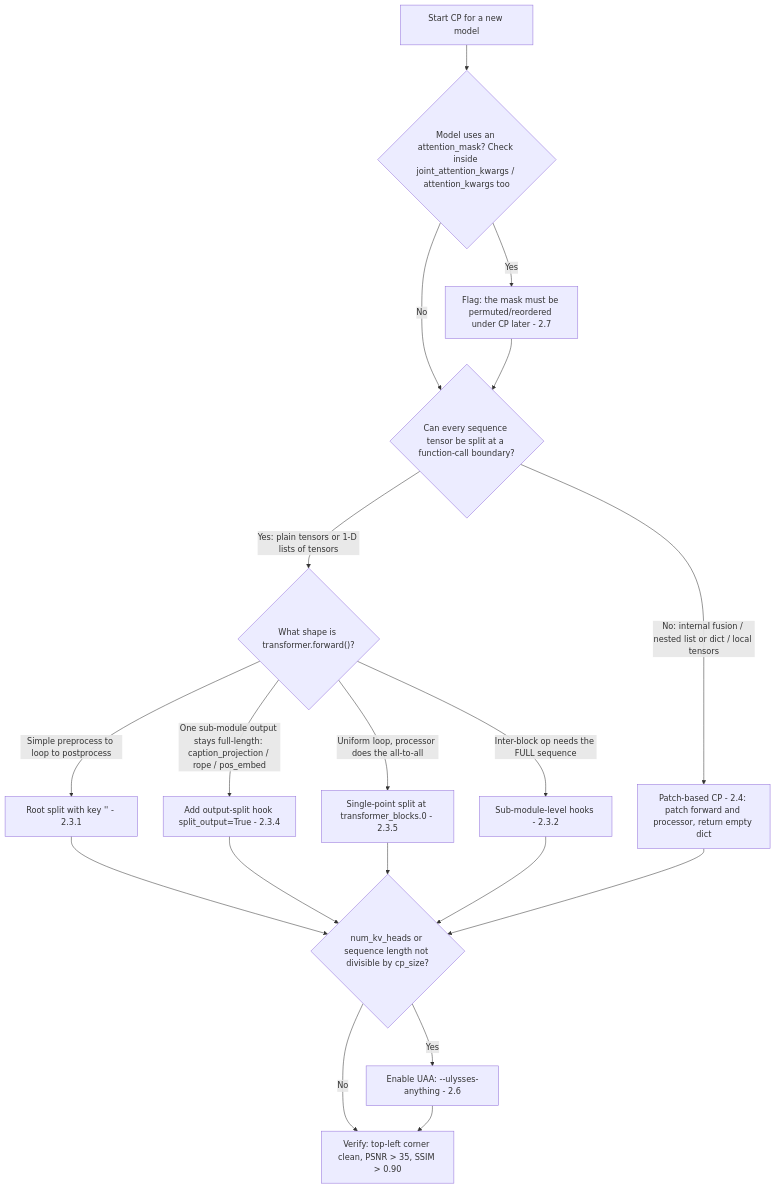
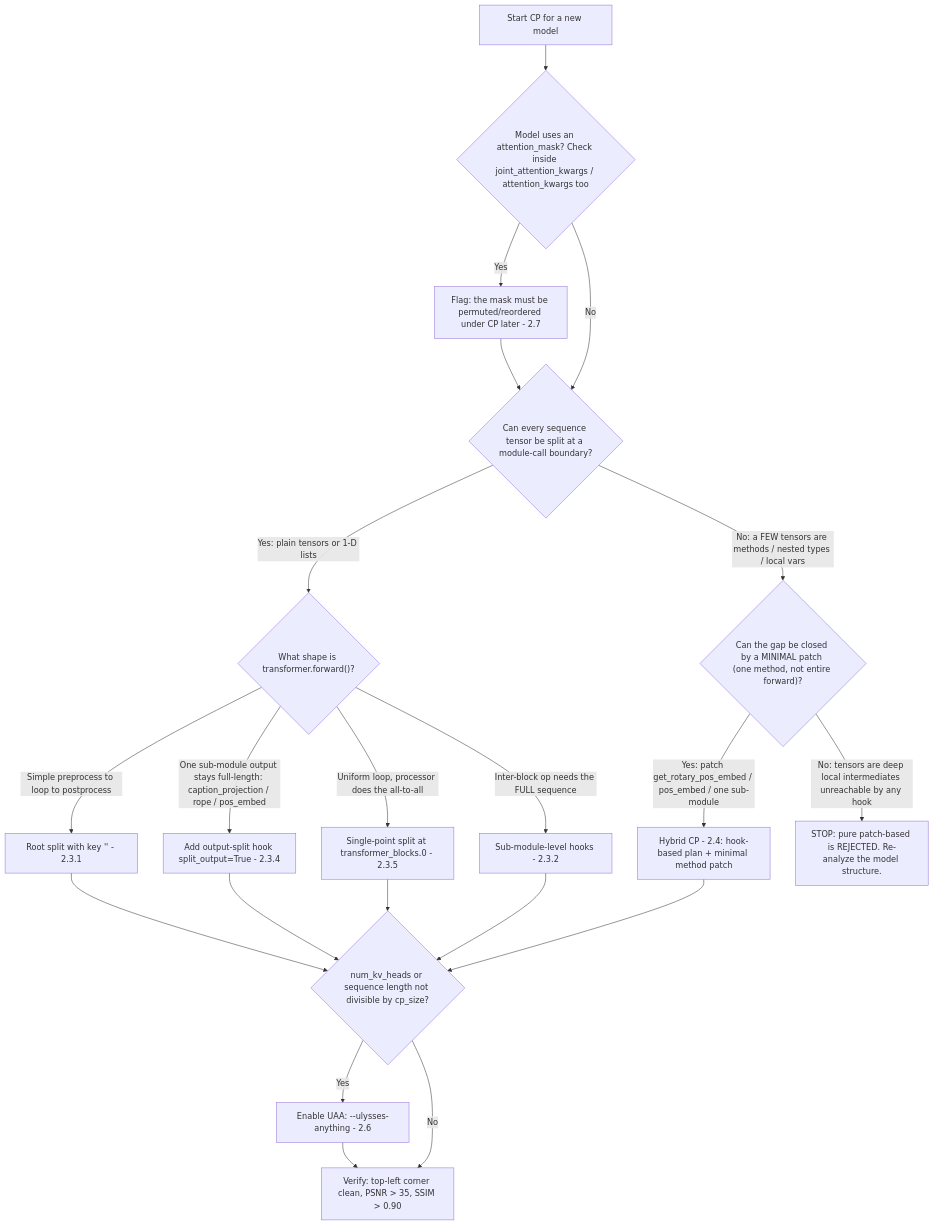
The second of 3 diagrams in .copilot/skills/cache-dit-model-integration/SKILL.md (vipshop/cache-dit), drawn with Mermaid before and after one commit. The commit also changed other lines of this file, not shown here.

Commit message:
agent: opt model-integration skill (#1076)

````diff
--- a/.copilot/skills/cache-dit-model-integration/SKILL.md
+++ b/.copilot/skills/cache-dit-model-integration/SKILL.md
@@ -73,21 +85,24 @@
 ```mermaid
 flowchart TD
     S["Start CP for a new model"] --> MK{"Model uses an attention_mask? Check inside joint_attention_kwargs / attention_kwargs too"}
-    MK -->|Yes| MKN["Flag: the mask must be permuted/reordered under CP later - 2.7"]
-    MK -->|No| HK
-    MKN --> HK{"Can every sequence tensor be split at a function-call boundary?"}
-    HK -->|"No: internal fusion / nested list or dict / local tensors"| PB["Patch-based CP - 2.4: patch forward and processor, return empty dict"]
-    HK -->|"Yes: plain tensors or 1-D lists of tensors"| HT{"What shape is transformer.forward()?"}
+    MK -->|"Yes"| MKN["Flag: the mask must be permuted/reordered under CP later - 2.7"]
+    MK -->|"No"| HK
+    MKN --> HK{"Can every sequence tensor be split at a module-call boundary?"}
+    HK -->|"Yes: plain tensors or 1-D lists"| HT{"What shape is transformer.forward()?"}
+    HK -->|"No: a FEW tensors are methods / nested types / local vars"| HB{"Can the gap be closed by a MINIMAL patch (one method, not entire forward)?"}
+    HB -->|"Yes: patch get_rotary_pos_embed / pos_embed / one sub-module"| HY["Hybrid CP - 2.4: hook-based plan + minimal method patch"]
+    HB -->|"No: tensors are deep local intermediates unreachable by any hook"| STOP["STOP: pure patch-based is REJECTED. Re-analyze the model structure."]
     HT -->|"Simple preprocess to loop to postprocess"| RT["Root split with key '' - 2.3.1"]
     HT -->|"One sub-module output stays full-length: caption_projection / rope / pos_embed"| OS["Add output-split hook split_output=True - 2.3.4"]
     HT -->|"Uniform loop, processor does the all-to-all"| B0["Single-point split at transformer_blocks.0 - 2.3.5"]
     HT -->|"Inter-block op needs the FULL sequence"| SM["Sub-module-level hooks - 2.3.2"]
     RT --> UA
     OS --> UA
     B0 --> UA
     SM --> UA
-    PB --> UA{"num_kv_heads or sequence length not divisible by cp_size?"}
-    UA -->|Yes| UAA["Enable UAA: --ulysses-anything - 2.6"]
-    UA -->|No| VF
+    HY --> UA
+    UA{"num_kv_heads or sequence length not divisible by cp_size?"}
+    UA -->|"Yes"| UAA["Enable UAA: --ulysses-anything - 2.6"]
+    UA -->|"No"| VF
     UAA --> VF["Verify: top-left corner clean, PSNR > 35, SSIM > 0.90"]
 ```
````
